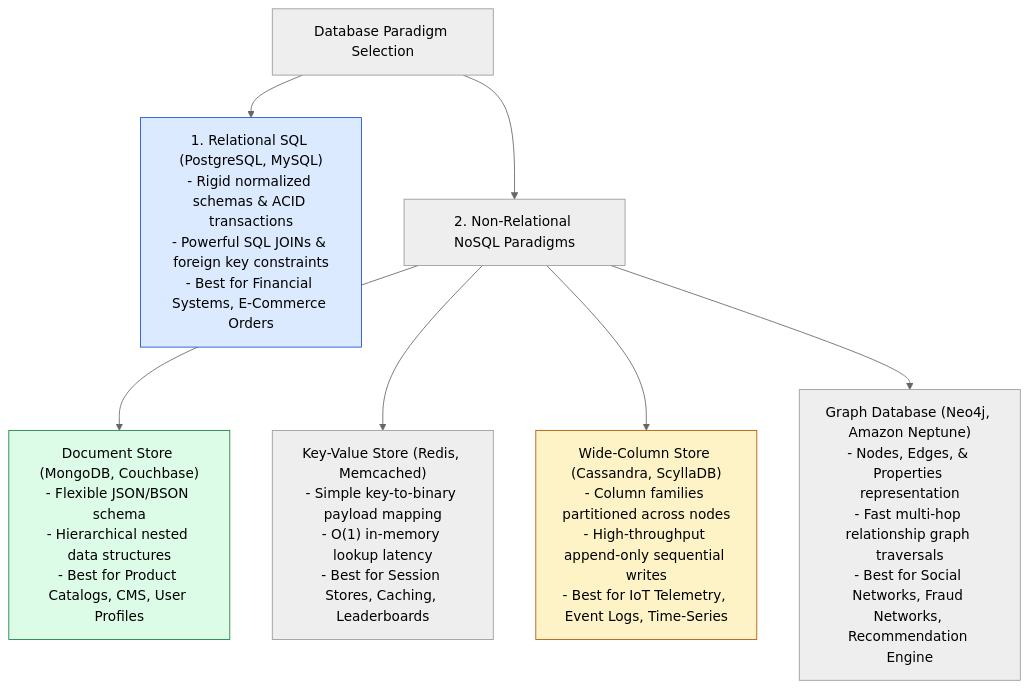
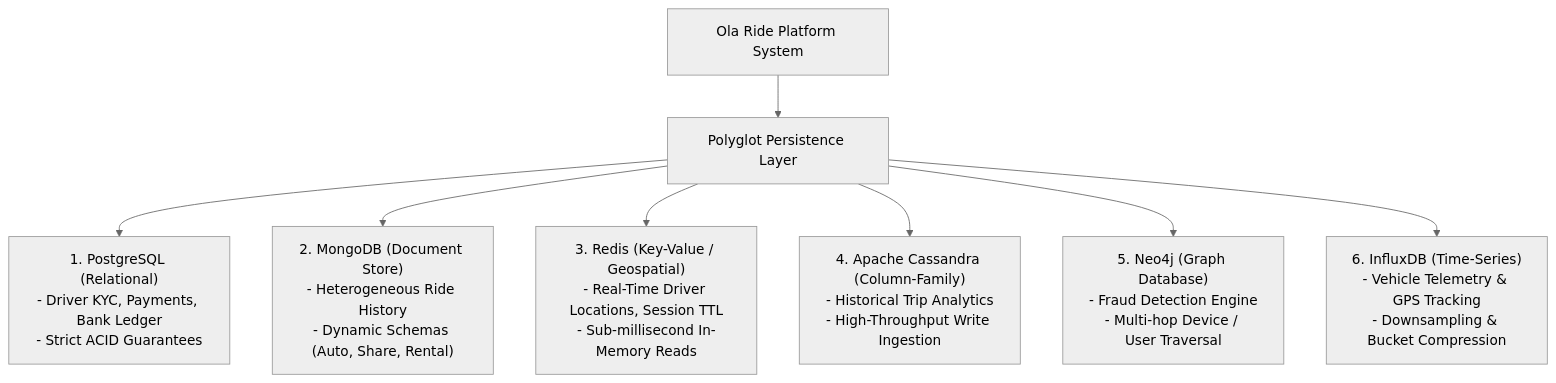
One commit to Amie-dev/engineering-playbook changed the first of 3 diagrams in system-design-notes/12-sql-vs-nosql-deep-dive.md. Above: the diagram before and after it, drawn with Mermaid (neutral theme). The commit also changed other lines of this file and 33 other files, not shown here.

````diff
--- a/system-design-notes/12-sql-vs-nosql-deep-dive.md
+++ b/system-design-notes/12-sql-vs-nosql-deep-dive.md
@@ -13,18 +7,11 @@
 ```mermaid
 flowchart TD
-    DB[Database Paradigm Selection] --> SQL["1. Relational SQL (PostgreSQL, MySQL)<br/>- Rigid normalized schemas & ACID transactions<br/>- Powerful SQL JOINs & foreign key constraints<br/>- Best for Financial Systems, E-Commerce Orders"]
+    OlaPlatform["Ola Ride Platform System"] --> Polyglot["Polyglot Persistence Layer"]
     
-    DB --> NoSQL[2. Non-Relational NoSQL Paradigms]
-    
-    NoSQL --> Document["Document Store (MongoDB, Couchbase)<br/>- Flexible JSON/BSON schema<br/>- Hierarchical nested data structures<br/>- Best for Product Catalogs, CMS, User Profiles"]
-
-    NoSQL --> KeyVal["Key-Value Store (Redis, Memcached)<br/>- Simple key-to-binary payload mapping<br/>- O(1) in-memory lookup latency<br/>- Best for Session Stores, Caching, Leaderboards"]
-
-    NoSQL --> WideColumn["Wide-Column Store (Cassandra, ScyllaDB)<br/>- Column families partitioned across nodes<br/>- High-throughput append-only sequential writes<br/>- Best for IoT Telemetry, Event Logs, Time-Series"]
-
-    NoSQL --> Graph["Graph Database (Neo4j, Amazon Neptune)<br/>- Nodes, Edges, & Properties representation<br/>- Fast multi-hop relationship graph traversals<br/>- Best for Social Networks, Fraud Networks, Recommendation Engine"]
-
-    style SQL fill:#dbeafe,stroke:#1d4ed8
-    style Document fill:#dcfce7,stroke:#15803d
-    style WideColumn fill:#fef3c7,stroke:#b45309
+    Polyglot --> Relational["1. PostgreSQL (Relational)<br/>- Driver KYC, Payments, Bank Ledger<br/>- Strict ACID Guarantees"]
+    Polyglot --> Document["2. MongoDB (Document Store)<br/>- Heterogeneous Ride History<br/>- Dynamic Schemas (Auto, Share, Rental)"]
+    Polyglot --> KV["3. Redis (Key-Value / Geospatial)<br/>- Real-Time Driver Locations, Session TTL<br/>- Sub-millisecond In-Memory Reads"]
+    Polyglot --> ColumnFamily["4. Apache Cassandra (Column-Family)<br/>- Historical Trip Analytics<br/>- High-Throughput Write Ingestion"]
+    Polyglot --> Graph["5. Neo4j (Graph Database)<br/>- Fraud Detection Engine<br/>- Multi-hop Device / User Traversal"]
+    Polyglot --> TimeSeries["6. InfluxDB (Time-Series)<br/>- Vehicle Telemetry & GPS Tracking<br/>- Downsampling & Bucket Compression"]
 ```
````
